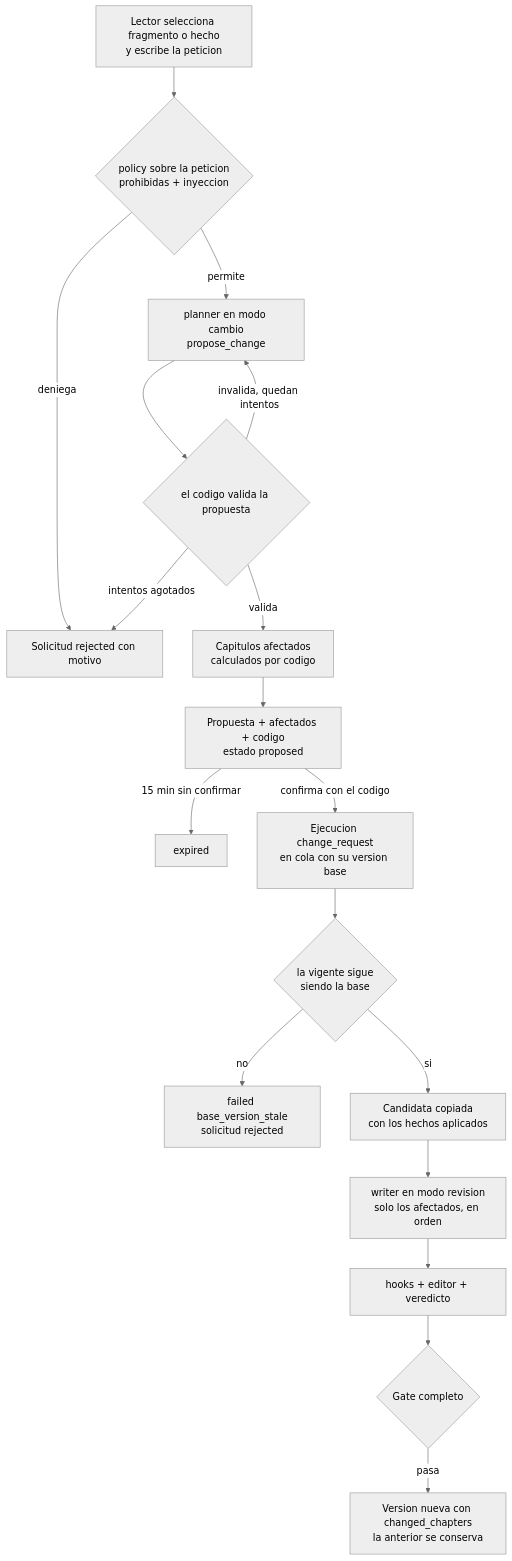
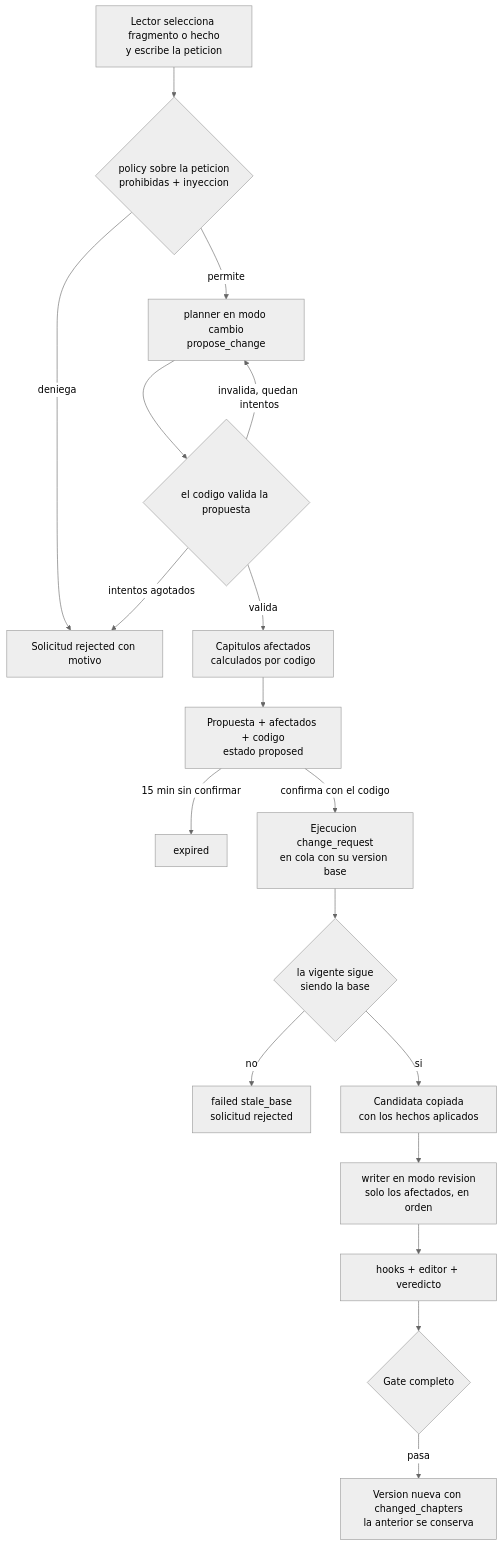
One commit to JNico-rb/story-maker changed the sixth of 10 diagrams in docs/architecture.md. Above: the diagram before and after it, drawn with Mermaid (neutral theme). The commit also changed other lines of this file and 8 other files, not shown here.

````diff
--- a/docs/architecture.md
+++ b/docs/architecture.md
@@ -582,20 +582,20 @@
 ```mermaid
 graph TD
     SEL[Lector selecciona fragmento o hecho<br/>y escribe la peticion] --> POL{policy sobre la peticion<br/>prohibidas + inyeccion}
     POL -->|deniega| REJ[Solicitud rejected con motivo]
     POL -->|permite| PLA[planner en modo cambio<br/>propose_change]
     PLA --> VAL{el codigo valida la propuesta}
     VAL -->|invalida, quedan intentos| PLA
     VAL -->|intentos agotados| REJ
     VAL -->|valida| AFE[Capitulos afectados<br/>calculados por codigo]
     AFE --> PRO[Propuesta + afectados + codigo<br/>estado proposed]
     PRO -->|15 min sin confirmar| EXP[expired]
     PRO -->|confirma con el codigo| COLA[Ejecucion change_request<br/>en cola con su version base]
     COLA --> REV{la vigente sigue<br/>siendo la base}
-    REV -->|no| STA[failed base_version_stale<br/>solicitud rejected]
+    REV -->|no| STA[failed stale_base<br/>solicitud rejected]
     REV -->|si| CAN[Candidata copiada<br/>con los hechos aplicados]
     CAN --> REW[writer en modo revision<br/>solo los afectados, en orden]
     REW --> HK[hooks + editor + veredicto]
     HK --> GATE{Gate completo}
     GATE -->|pasa| NV[Version nueva con changed_chapters<br/>la anterior se conserva]
 ```
````
